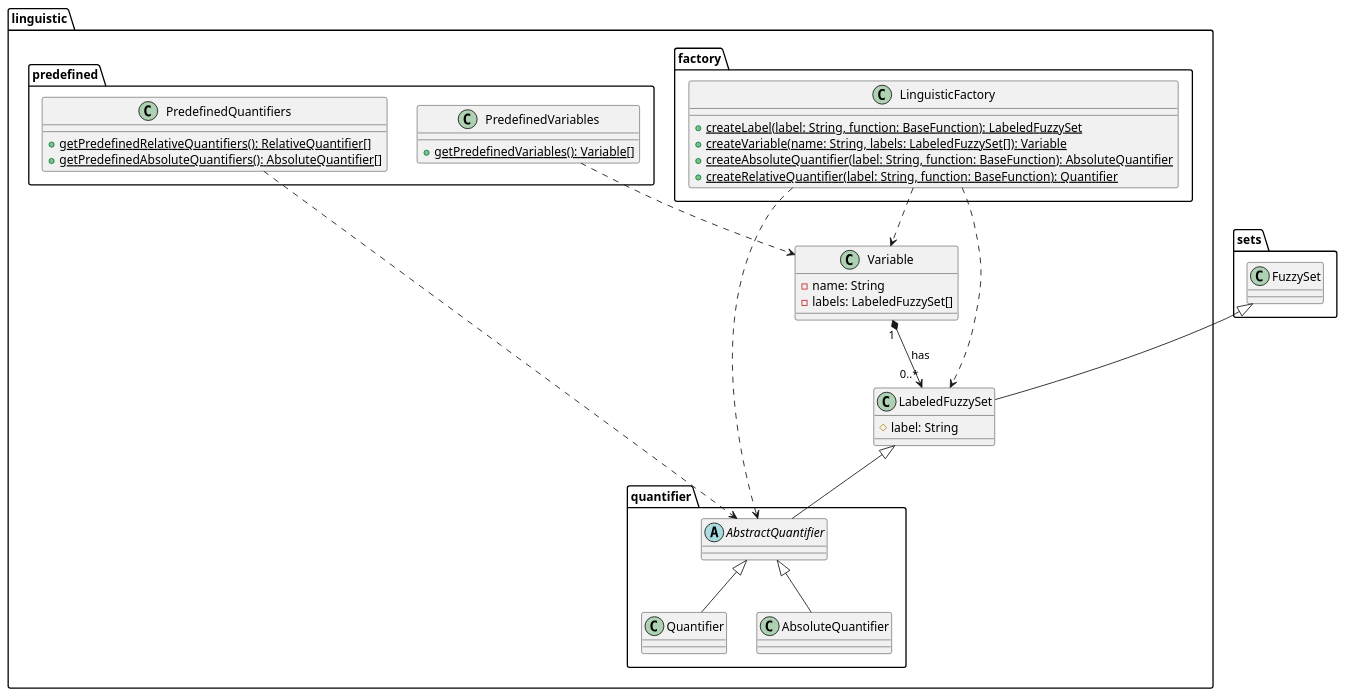
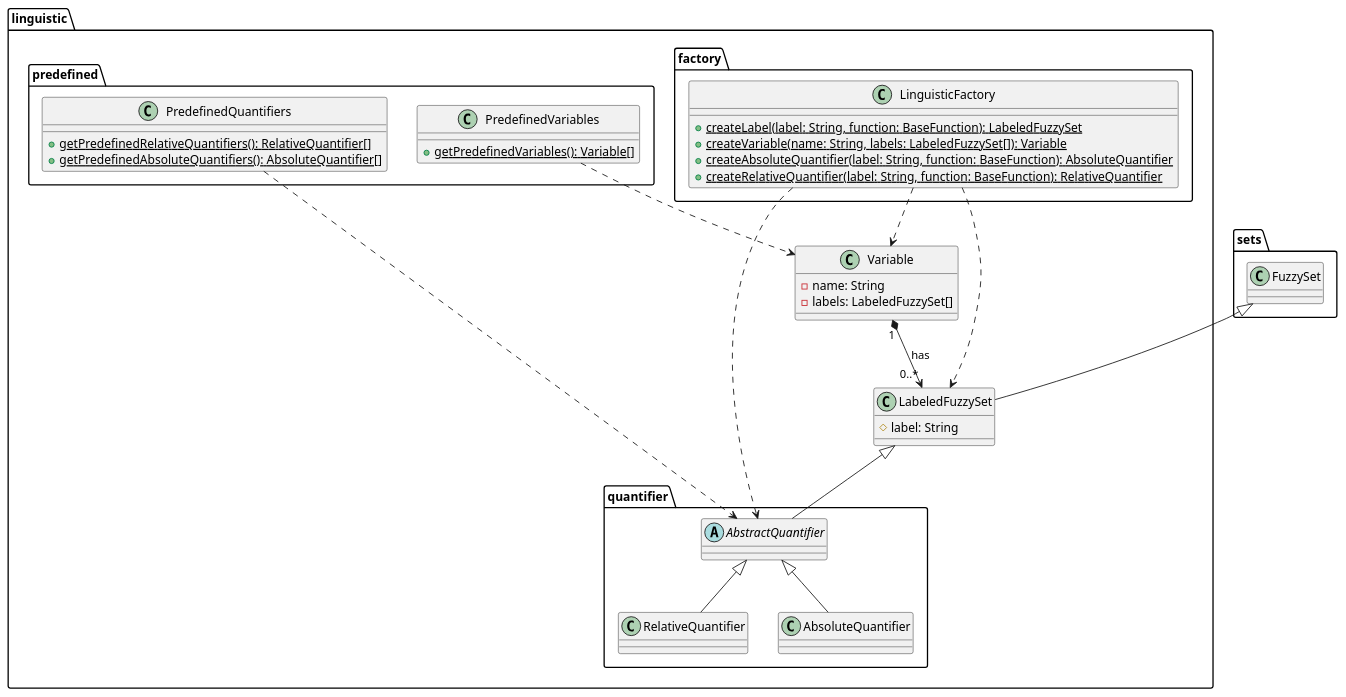
Before and after one commit to kambed/Computer-Recognition-Systems: the sixth of 9 diagrams in task2/README.md, drawn with PlantUML. The commit also changed other lines of this file and 12 other files, not shown here.

````diff
--- a/task2/README.md
+++ b/task2/README.md
@@ -208,45 +208,45 @@
 ```plantuml
 package linguistic {
     package factory {
         class LinguisticFactory {
             + {static} createLabel(label: String, function: BaseFunction): LabeledFuzzySet
             + {static} createVariable(name: String, labels: LabeledFuzzySet[]): Variable
             + {static} createAbsoluteQuantifier(label: String, function: BaseFunction): AbsoluteQuantifier
-            + {static} createRelativeQuantifier(label: String, function: BaseFunction): Quantifier
+            + {static} createRelativeQuantifier(label: String, function: BaseFunction): RelativeQuantifier
         }
     }
     package predefined {
         class PredefinedQuantifiers {
             + {static} getPredefinedRelativeQuantifiers(): RelativeQuantifier[]
             + {static} getPredefinedAbsoluteQuantifiers(): AbsoluteQuantifier[]
         }
         class PredefinedVariables {
             + {static} getPredefinedVariables(): Variable[]
         }
     }
     package quantifier {
         abstract class AbstractQuantifier
-        class Quantifier extends AbstractQuantifier
+        class RelativeQuantifier extends AbstractQuantifier
         class AbsoluteQuantifier extends AbstractQuantifier
     }
     class LabeledFuzzySet {
         # label: String
     }
     class Variable {
         - name: String
         - labels: LabeledFuzzySet[]
     }
     LabeledFuzzySet <|-- AbstractQuantifier
     Variable "1" *--> "0..*" LabeledFuzzySet: has
     
     LinguisticFactory ..> LabeledFuzzySet
     LinguisticFactory ..> Variable
     LinguisticFactory ..> AbstractQuantifier
 }
 package sets {
     class FuzzySet
 }
 PredefinedQuantifiers ..> AbstractQuantifier
 PredefinedVariables ..> Variable
 FuzzySet <|-- LabeledFuzzySet
 ```
````
